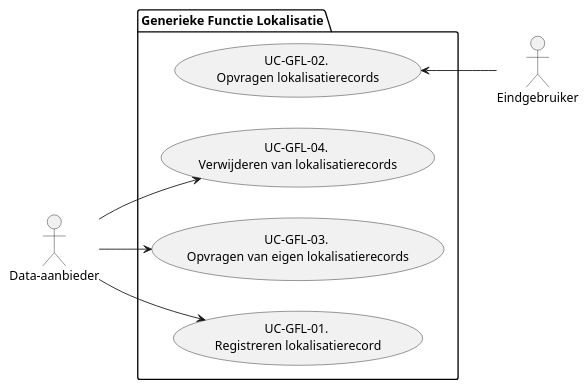
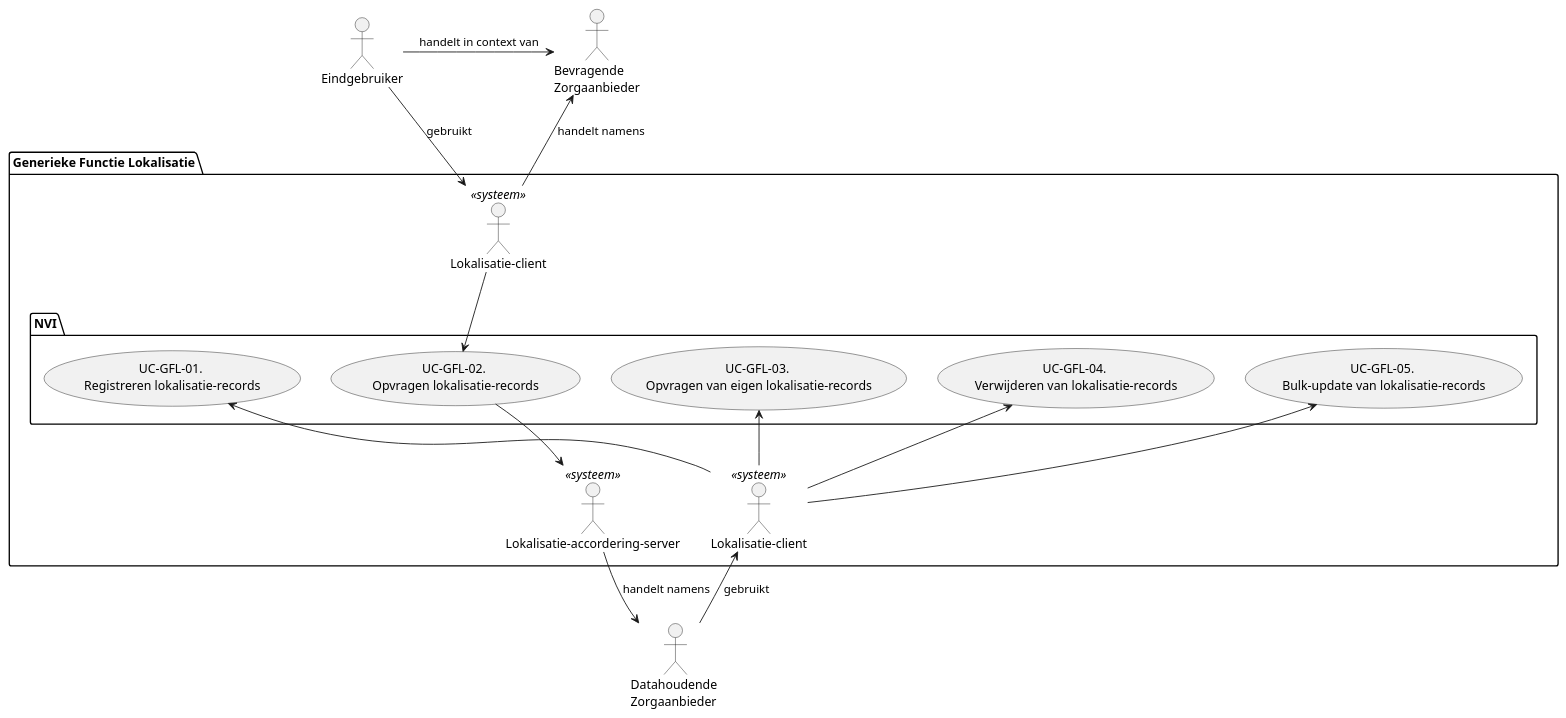
One commit to jorritspee/gf-lokalisatie-plantuml changed the diagram in H4-overzicht-usecases.plantuml. Above: the diagram before and after it, drawn with PlantUML. The commit also changed 3 other files, not shown here.

```diff
--- a/H4-overzicht-usecases.plantuml
+++ b/H4-overzicht-usecases.plantuml
@@ -1,16 +1,49 @@
 @startuml usecases
-left to right direction
-actor "Data-aanbieder" as DataAanbieder
+
+actor "Eindgebruiker" as Eindgebruiker
+actor "Bevragende \nZorgaanbieder" as BevragendeZorgaanbieder
+
 package "Generieke Functie Lokalisatie" {
-  usecase "UC-GFL-04. \nVerwijderen van lokalisatierecords" as UCGFL04
-  usecase "UC-GFL-03. \nOpvragen van eigen lokalisatierecords" as UCGFL03
-  usecase "UC-GFL-02. \nOpvragen lokalisatierecords" as UCGFL02
-  usecase "UC-GFL-01. \nRegistreren lokalisatierecord" as UCGFL01
+  actor "Lokalisatie-client" as LokalisatieClient <<systeem>>
+  
+  package "NVI"{
+    usecase "UC-GFL-01. \nRegistreren lokalisatie-records" as UCGFL01
+    usecase "UC-GFL-02. \nOpvragen lokalisatie-records" as UCGFL02
+    usecase "UC-GFL-03. \nOpvragen van eigen lokalisatie-records" as UCGFL03
+    usecase "UC-GFL-04. \nVerwijderen van lokalisatie-records" as UCGFL04
+    usecase "UC-GFL-05. \nBulk-update van lokalisatie-records" as UCGFL05
+
+    UCGFL01 -[hidden]right-> UCGFL02
+    UCGFL02 -[hidden]right-> UCGFL03
+    UCGFL03 -[hidden]right-> UCGFL04
+    UCGFL04 -[hidden]right-> UCGFL05
+  }
+  actor "Lokalisatie-accordering-server" as LokalisatieAccServer <<systeem>>
+  actor "Lokalisatie-client" as LokalisatieClient2 <<systeem>>
+
+  :LokalisatieAccServer: -[hidden]right-> LokalisatieClient2
 }
-actor "Eindgebruiker" as Eindgebruiker
 
-:DataAanbieder: -down-> UCGFL01
-:Eindgebruiker: -up-> UCGFL02
-:DataAanbieder: -down-> UCGFL03
-:DataAanbieder: -down-> UCGFL04
+actor "Datahoudende \nZorgaanbieder" as DatahoudendeZorgAanbieder
+
+:Eindgebruiker: -down-> LokalisatieClient : "gebruikt"
+:LokalisatieClient: -up-> BevragendeZorgaanbieder : "handelt namens"
+:Eindgebruiker: -right-> BevragendeZorgaanbieder : "handelt in context van"
+
+
+:LokalisatieClient: -[hidden]down-> UCGFL01
+:LokalisatieClient: -[norank]down-> UCGFL02
+:LokalisatieClient: -[hidden]down-> UCGFL03
+
+:LokalisatieClient2: -up-> UCGFL01
+:LokalisatieClient2: -up-> UCGFL03
+:LokalisatieClient2: -up-> UCGFL04
+:LokalisatieClient2: -up-> UCGFL05
+
+UCGFL01 -[hidden]down-> LokalisatieAccServer
+UCGFL02 -[norank]down-> LokalisatieAccServer
+
+:DatahoudendeZorgAanbieder: -up-> LokalisatieClient2 : "gebruikt"
+:LokalisatieAccServer: -down-> DatahoudendeZorgAanbieder : "handelt namens"
+
 @enduml
```
